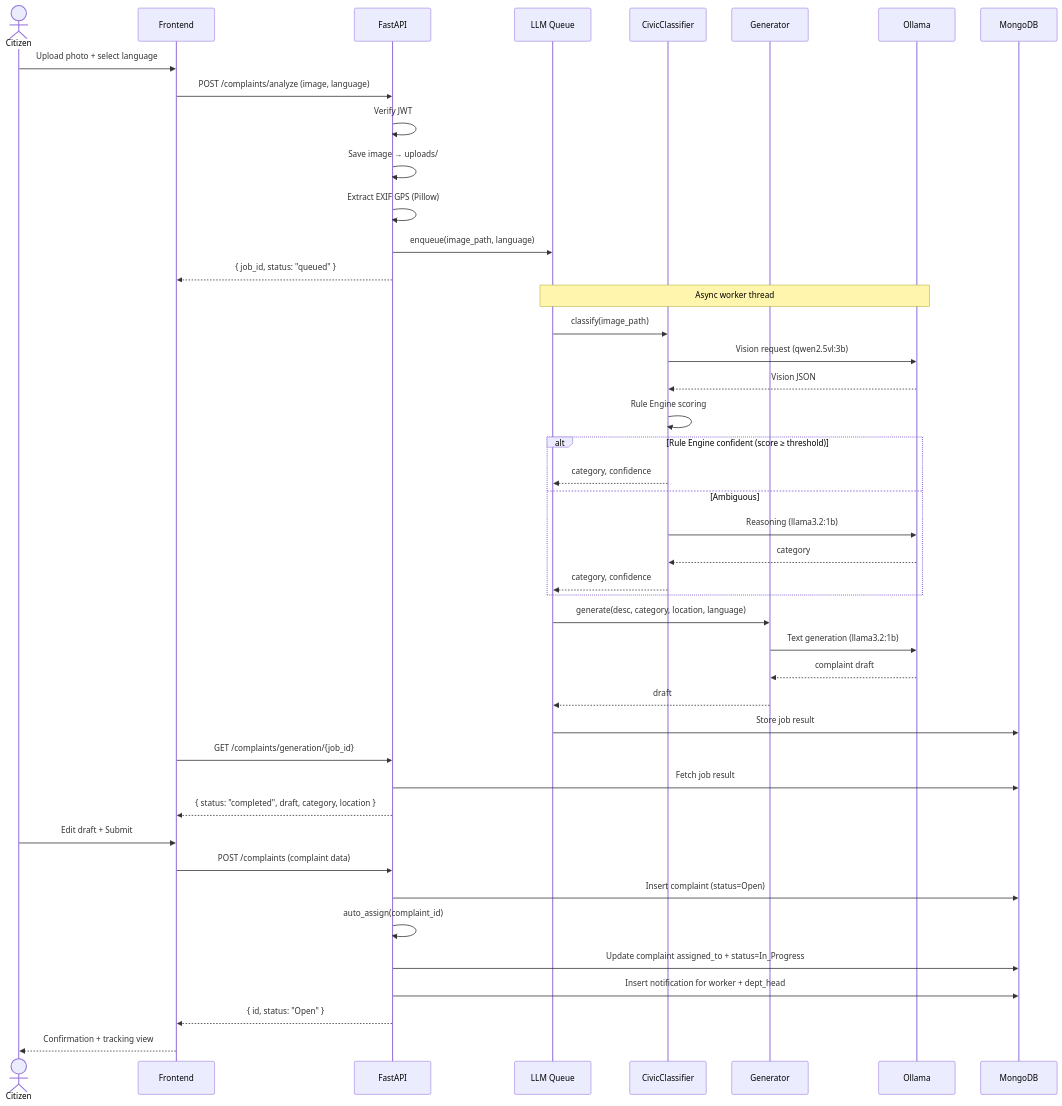
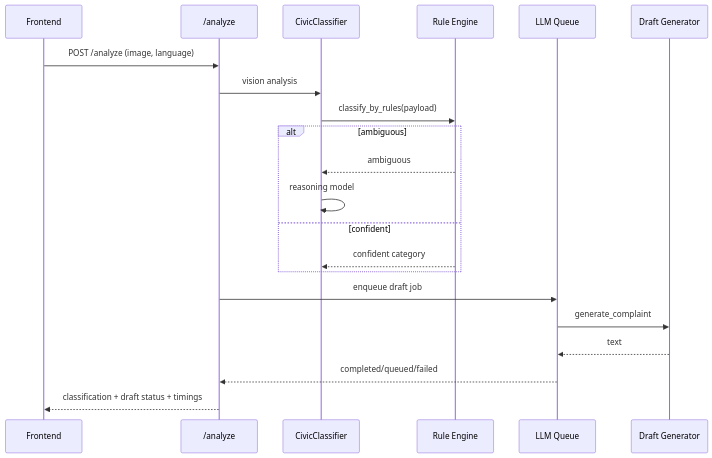
Before and after one commit to ark5234/Jan-Sunwai-AI: the third of 9 diagrams in docs/reports/PROJECT_REPORT.md, drawn with Mermaid. The commit also changed other lines of this file and 13 other files, not shown here.

Commit message:
Refactor documentation in reports folder: Update README.md, SCHEMA_DESIGN.md, and SYSTEM_ARCHITECTURE.md for clarity and consistency. Enhance descriptions, add new sections, and improve formatting. Last updated date standardized to 2026-04-06.

````diff
--- a/docs/reports/PROJECT_REPORT.md
+++ b/docs/reports/PROJECT_REPORT.md
@@ -867,53 +112,26 @@
 ```mermaid
 sequenceDiagram
-    actor Citizen
     participant FE as Frontend
-    participant API as FastAPI
+    participant API as /analyze
+    participant Classifier as CivicClassifier
+    participant Rule as Rule Engine
     participant Queue as LLM Queue
-    participant Cls as CivicClassifier
-    participant Gen as Generator
-    participant Ollama
-    participant DB as MongoDB
+    participant Generator as Draft Generator
 
-    Citizen->>FE: Upload photo + select language
-    FE->>API: POST /complaints/analyze (image, language)
-    API->>API: Verify JWT
-    API->>API: Save image → uploads/
-    API->>API: Extract EXIF GPS (Pillow)
-    API->>Queue: enqueue(image_path, language)
-    API-->>FE: { job_id, status: "queued" }
+    FE->>API: POST /analyze (image, language)
+    API->>Classifier: vision analysis
+    Classifier->>Rule: classify_by_rules(payload)
 
-    Note over Queue, Ollama: Async worker thread
-
-    Queue->>Cls: classify(image_path)
-    Cls->>Ollama: Vision request (qwen2.5vl:3b)
-    Ollama-->>Cls: Vision JSON
-    Cls->>Cls: Rule Engine scoring
-
-    alt Rule Engine confident (score ≥ threshold)
-        Cls-->>Queue: category, confidence
-    else Ambiguous
-        Cls->>Ollama: Reasoning (llama3.2:1b)
-        Ollama-->>Cls: category
-        Cls-->>Queue: category, confidence
+    alt ambiguous
+        Rule-->>Classifier: ambiguous
+        Classifier->>Classifier: reasoning model
+    else confident
+        Rule-->>Classifier: confident category
     end
 
-    Queue->>Gen: generate(desc, category, location, language)
-    Gen->>Ollama: Text generation (llama3.2:1b)
-    Ollama-->>Gen: complaint draft
-    Gen-->>Queue: draft
-    Queue->>DB: Store job result
-
-    FE->>API: GET /complaints/generation/{job_id}
-    API->>DB: Fetch job result
-    API-->>FE: { status: "completed", draft, category, location }
-
-    Citizen->>FE: Edit draft + Submit
-    FE->>API: POST /complaints (complaint data)
-    API->>DB: Insert complaint (status=Open)
-    API->>API: auto_assign(complaint_id)
-    API->>DB: Update complaint assigned_to + status=In_Progress
-    API->>DB: Insert notification for worker + dept_head
-    API-->>FE: { id, status: "Open" }
-    FE-->>Citizen: Confirmation + tracking view
+    API->>Queue: enqueue draft job
+    Queue->>Generator: generate_complaint
+    Generator-->>Queue: text
+    Queue-->>API: completed/queued/failed
+    API-->>FE: classification + draft status + timings
 ```
````
